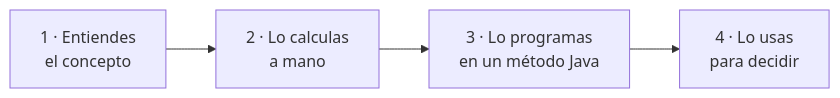
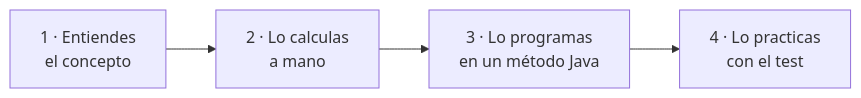
Before and after one commit to campusdevfp/sost2627: the first of 3 diagrams in docs/ut2/index.md, drawn with Mermaid. The commit also changed other lines of this file and 1 other file, not shown here.

````diff
--- a/docs/ut2/index.md
+++ b/docs/ut2/index.md
@@ -9,4 +9,4 @@
 ```mermaid
 flowchart LR
-    A["1 · Entiendes<br/>el concepto"] --> B["2 · Lo calculas<br/>a mano"] --> C["3 · Lo programas<br/>en un método Java"] --> D["4 · Lo usas<br/>para decidir"]
+    A["1 · Entiendes<br/>el concepto"] --> B["2 · Lo calculas<br/>a mano"] --> C["3 · Lo programas<br/>en un método Java"] --> D["4 · Lo practicas<br/>con el test"]
 ```
````
